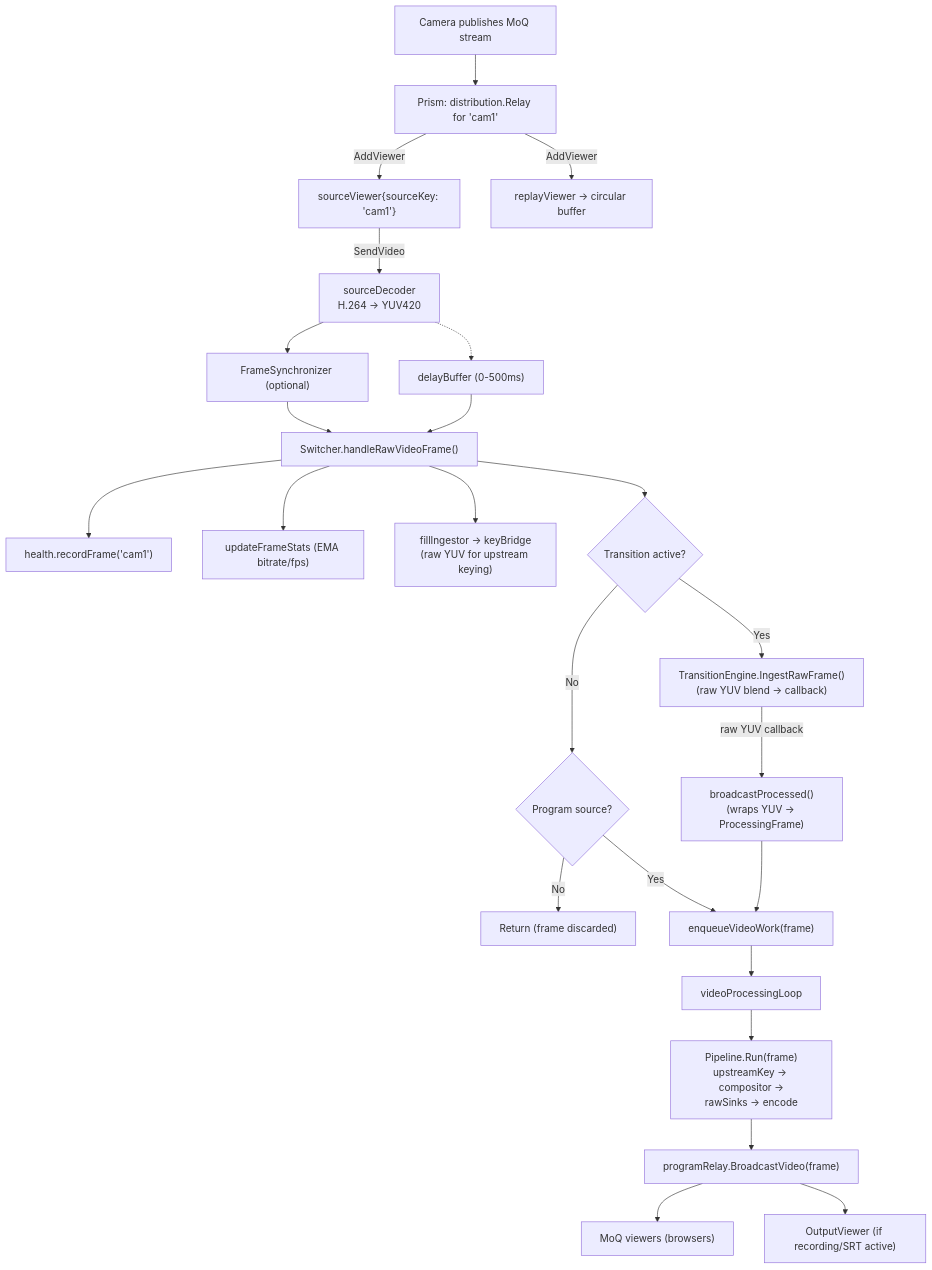
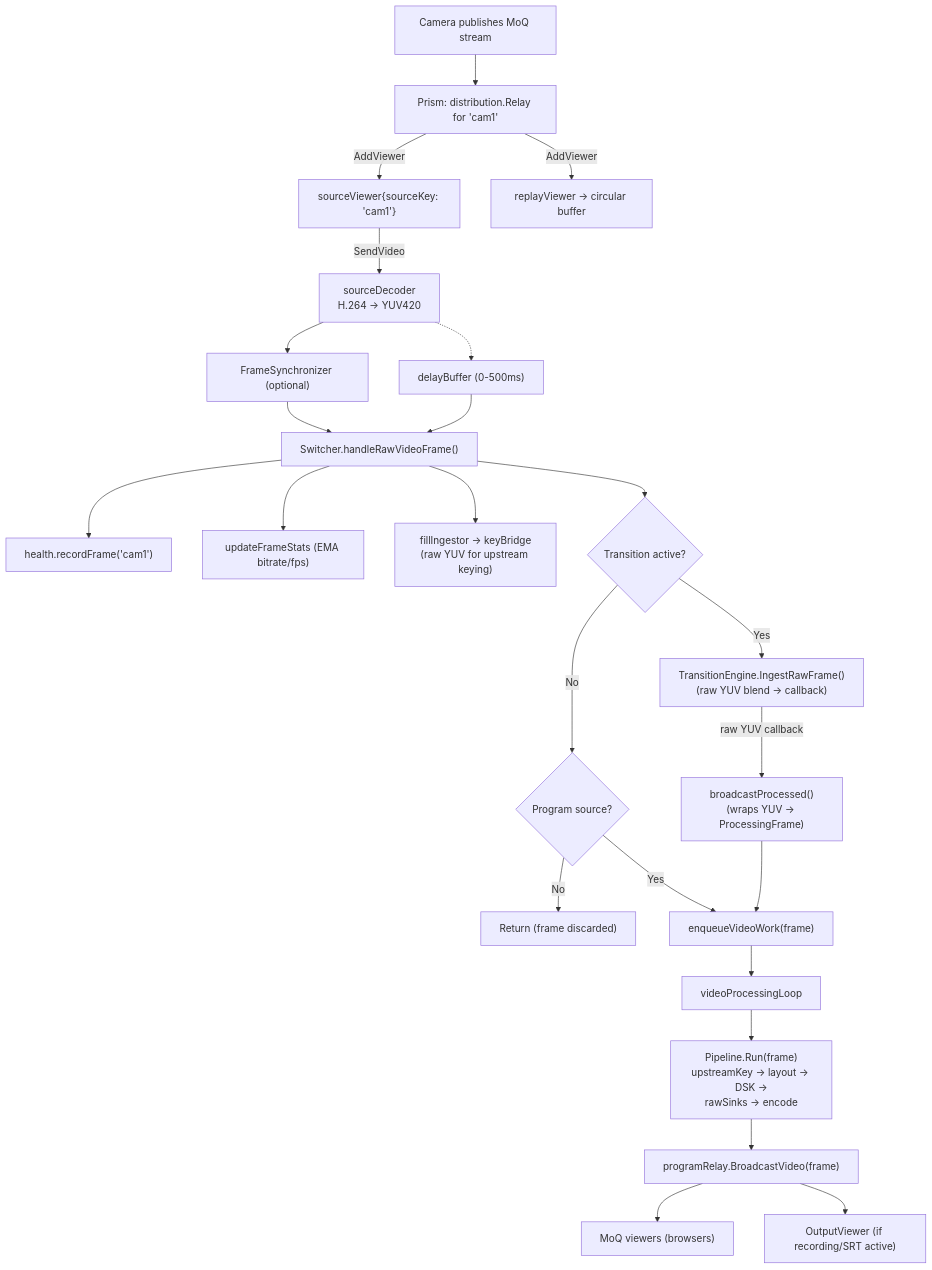
Diagram 20 of 24 in docs/architecture.md (zsiec/switchframe), drawn with Mermaid before and after one commit. The commit also changed other lines of this file and 3 other files, not shown here.

First line of the commit message:
Add multi-layer DSK and PIP layout features

````diff
--- a/docs/architecture.md
+++ b/docs/architecture.md
@@ -1195,30 +1342,30 @@
 ```mermaid
 flowchart TD
     pub["Camera publishes MoQ stream"] --> relay["Prism: distribution.Relay for 'cam1'"]
     relay -->|AddViewer| sv["sourceViewer{sourceKey: 'cam1'}"]
     relay -->|AddViewer| rv["replayViewer → circular buffer"]
     sv -->|SendVideo| sd["sourceDecoder<br/>H.264 → YUV420"]
     sd --> fs["FrameSynchronizer (optional)"]
     sd -.-> delay["delayBuffer (0-500ms)"]
     fs --> hvf["Switcher.handleRawVideoFrame()"]
     delay --> hvf
 
     hvf --> health["health.recordFrame('cam1')"]
     hvf --> stats["updateFrameStats (EMA bitrate/fps)"]
     hvf --> fill["fillIngestor → keyBridge<br/>(raw YUV for upstream keying)"]
 
     hvf --> trans{"Transition active?"}
     trans -->|Yes| te["TransitionEngine.IngestRawFrame()<br/>(raw YUV blend → callback)"]
     trans -->|No| pgm{"Program source?"}
     pgm -->|No| discard["Return (frame discarded)"]
     pgm -->|Yes| bv["enqueueVideoWork(frame)"]
 
     te -->|"raw YUV callback"| proc["broadcastProcessed()<br/>(wraps YUV → ProcessingFrame)"]
     proc --> bv
 
     bv --> vpl["videoProcessingLoop"]
-    vpl --> prun["Pipeline.Run(frame)<br/>upstreamKey → compositor →<br/>rawSinks → encode"]
+    vpl --> prun["Pipeline.Run(frame)<br/>upstreamKey → layout → DSK →<br/>rawSinks → encode"]
     prun --> broadcast["programRelay.BroadcastVideo(frame)"]
     broadcast --> browsers["MoQ viewers (browsers)"]
     broadcast --> output["OutputViewer (if recording/SRT active)"]
 ```
````
